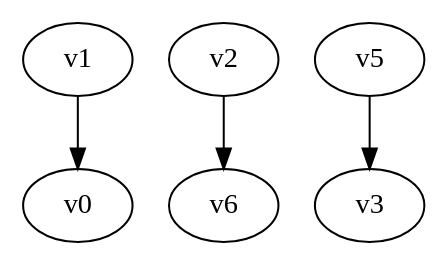
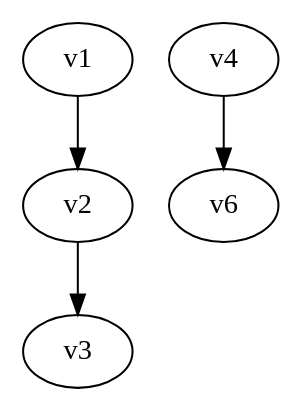
Before and after one commit to yadej/graph_project: the diagram in digraph.dot, drawn with Graphviz. The commit also changed 2 other files, not shown here.

```diff
--- a/digraph.dot
+++ b/digraph.dot
@@ -1,5 +1,4 @@
 digraph G { 
-v1 -> v0;
-v2 -> v6;
-v5 -> v3;
+v1 -> v2 -> v3;
+v4 -> v6;
 }
```
